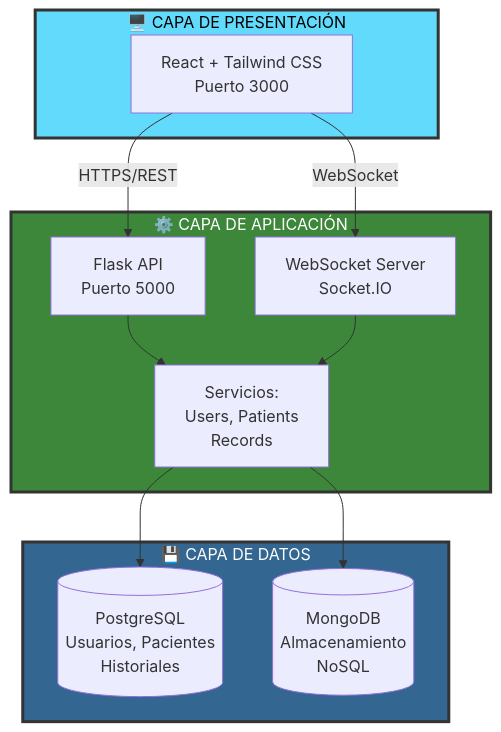
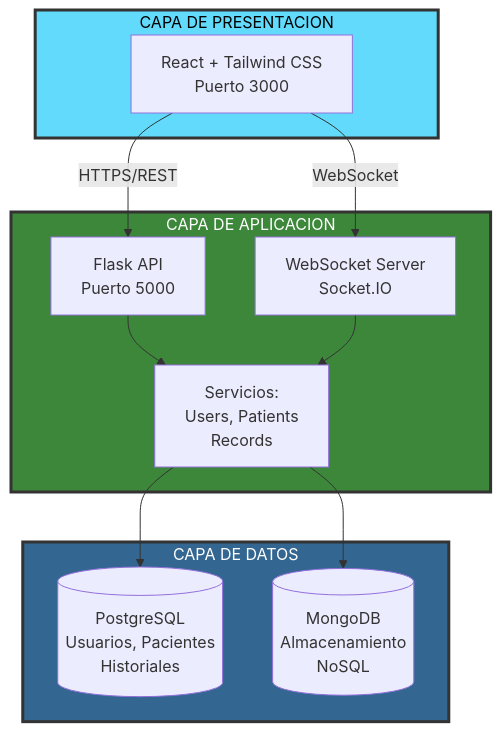
One commit to dIAgnoseTeam/dIAgnose changed the first of 5 diagrams in README.md. Above: the diagram before and after it, drawn with Mermaid. The commit also changed other lines of this file and 1 other file, not shown here.

````diff
--- a/README.md
+++ b/README.md
@@ -39,32 +39,32 @@
 ```mermaid
 graph TB
-    subgraph Client["🖥️ CAPA DE PRESENTACIÓN"]
+    subgraph Client["CAPA DE PRESENTACION"]
         UI[React + Tailwind CSS<br/>Puerto 3000]
     end
-    
-    subgraph API["⚙️ CAPA DE APLICACIÓN"]
+
+    subgraph API["CAPA DE APLICACION"]
         Flask[Flask API<br/>Puerto 5000]
         WS[WebSocket Server<br/>Socket.IO]
-        
-    Services[Servicios:<br/>Users, Patients<br/>Records]
+
+        Services[Servicios:<br/>Users, Patients<br/>Records]
     end
-    
-    subgraph Database["💾 CAPA DE DATOS"]
+
+    subgraph Database["CAPA DE DATOS"]
         PG[(PostgreSQL<br/>Usuarios, Pacientes<br/>Historiales)]
-        
-    MDB[(MongoDB<br/>Almacenamiento<br/>NoSQL)]
+
+        MDB[(MongoDB<br/>Almacenamiento<br/>NoSQL)]
     end
-    
+
     UI -->|HTTPS/REST| Flask
     UI -->|WebSocket| WS
-    
+
     Flask --> Services
     WS --> Services
-    
+
     Services --> PG
     Services --> MDB
-    
+
     style Client fill:#61dafb,stroke:#333,stroke-width:3px,color:#000
     style API fill:#3c873a,stroke:#333,stroke-width:3px,color:#fff
     style Database fill:#336791,stroke:#333,stroke-width:3px,color:#fff
 ```
````
